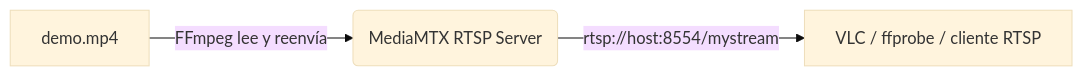
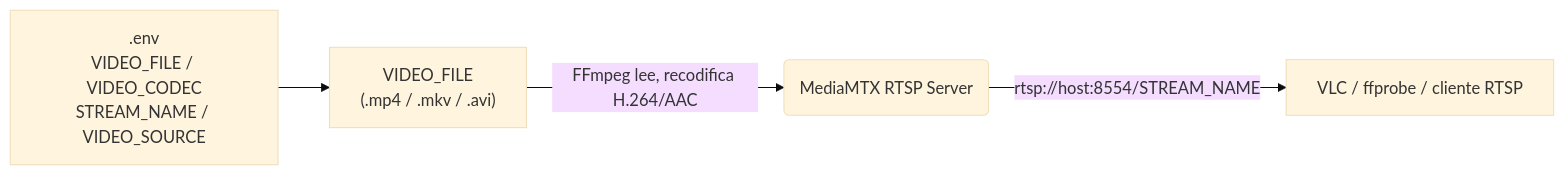
Before and after one commit to sherlock28/rtsp-camera-emulator: the diagram in docs/index.md, drawn with Mermaid (base theme). The commit also changed other lines of this file and 4 other files, not shown here.

````diff
--- a/docs/index.md
+++ b/docs/index.md
@@ -9,5 +9,6 @@
 ```mermaid
 graph LR
-    A[demo.mp4] -->|FFmpeg lee y reenvía| B(MediaMTX RTSP Server)
-    B -->|rtsp://host:8554/mystream| C[VLC / ffprobe / cliente RTSP]
+    E[".env\nVIDEO_FILE / VIDEO_CODEC\nSTREAM_NAME / VIDEO_SOURCE"] --> F
+    F["VIDEO_FILE\n(.mp4 / .mkv / .avi)"] -->|"FFmpeg lee, recodifica H.264/AAC"| B(MediaMTX RTSP Server)
+    B -->|"rtsp://host:8554/STREAM_NAME"| C[VLC / ffprobe / cliente RTSP]
 ```
````
